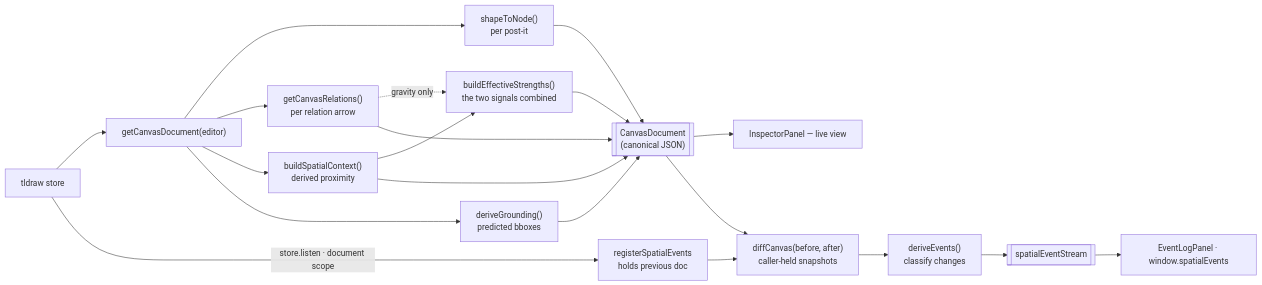
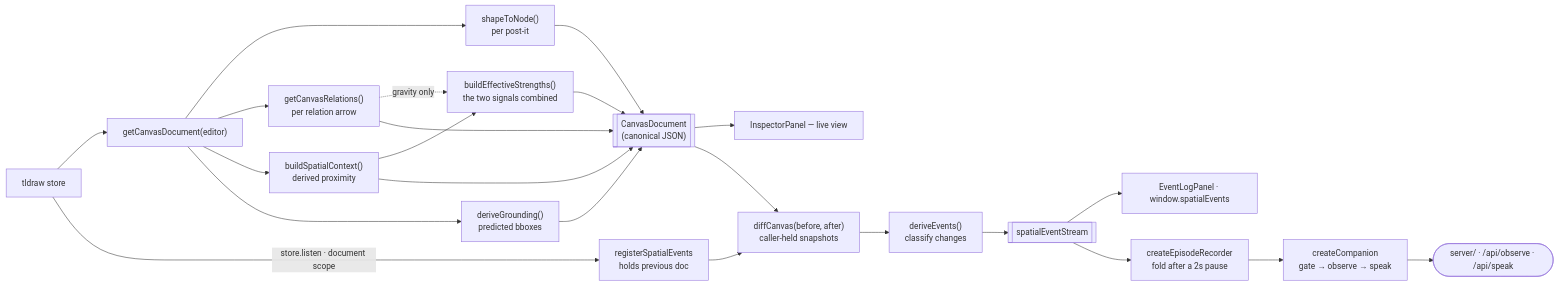
One commit to merdemkoc/llm-spatial-context changed the second of 3 diagrams in CODEMAP.md. Above: the diagram before and after it, drawn with Mermaid. The commit also changed other lines of this file and 8 other files, not shown here.

````diff
--- a/CODEMAP.md
+++ b/CODEMAP.md
@@ -70,22 +83,25 @@
 ```mermaid
 flowchart LR
     store[tldraw store] --> gcd["getCanvasDocument(editor)"]
     gcd --> stn["shapeToNode()<br/>per post-it"]
     gcd --> gcr["getCanvasRelations()<br/>per relation arrow"]
     gcd --> bsc["buildSpatialContext()<br/>derived proximity"]
     gcd --> dg["deriveGrounding()<br/>predicted bboxes"]
     bsc --> bes["buildEffectiveStrengths()<br/>the two signals combined"]
     gcr -.->|"gravity only"| bes
     stn --> doc[["CanvasDocument<br/>(canonical JSON)"]]
     gcr --> doc
     bsc --> doc
     bes --> doc
     dg --> doc
     doc --> insp[InspectorPanel — live view]
     doc --> diff["diffCanvas(before, after)<br/>caller-held snapshots"]
     store -->|"store.listen · document scope"| rse["registerSpatialEvents<br/>holds previous doc"]
     rse --> diff
     diff --> de["deriveEvents()<br/>classify changes"]
     de --> es[["spatialEventStream"]]
     es --> elp["EventLogPanel · window.spatialEvents"]
+    es --> rec["createEpisodeRecorder<br/>fold after a 2s pause"]
+    rec --> comp["createCompanion<br/>gate → observe → speak"]
+    comp --> api(["server/ · /api/observe · /api/speak"])
 ```
````
